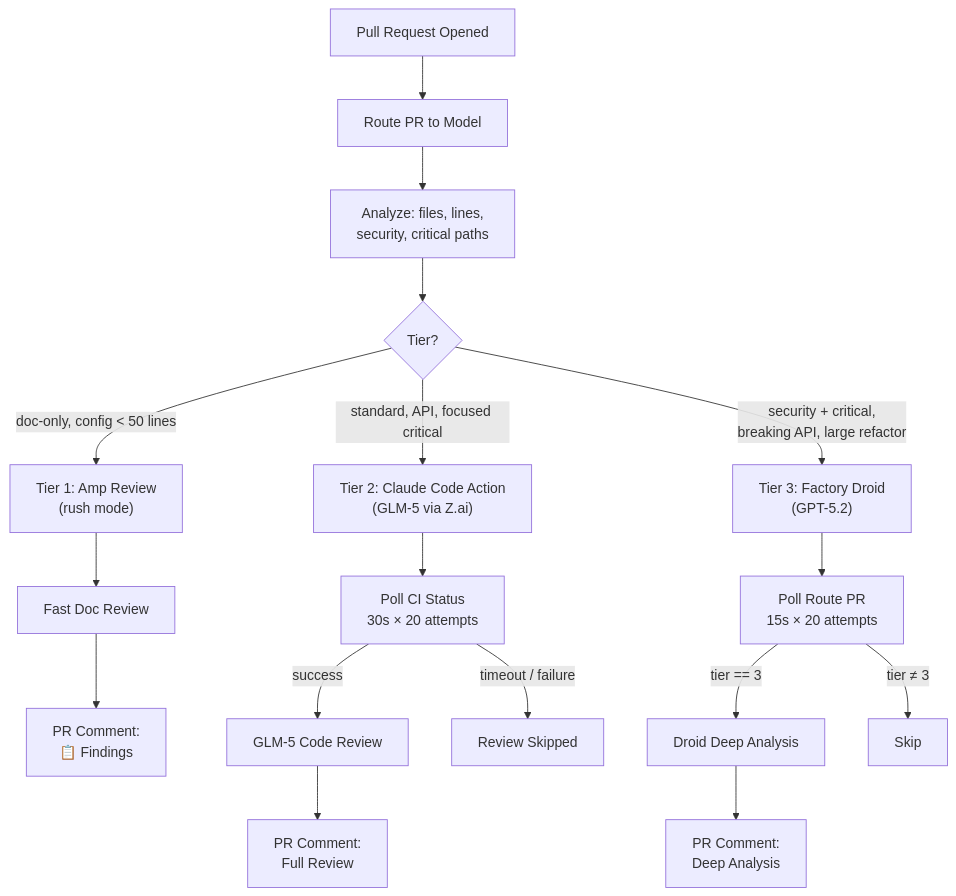
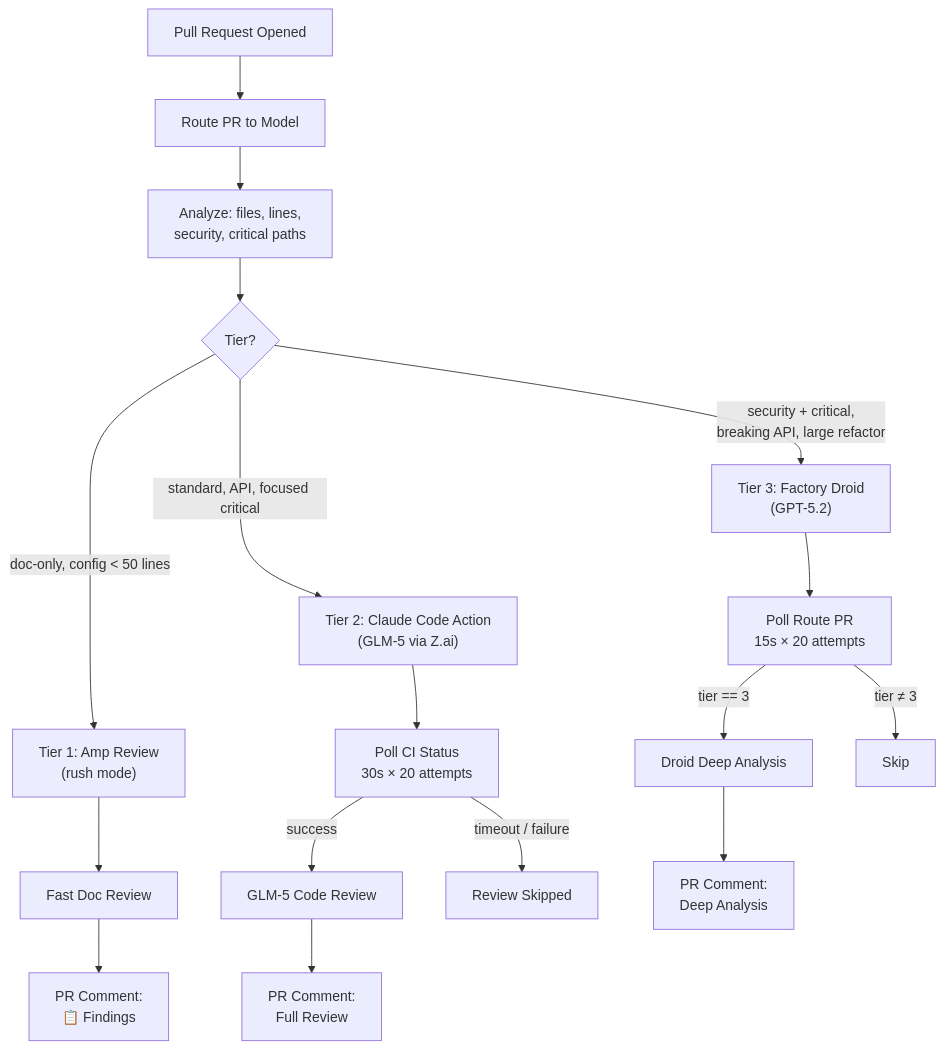
Before and after one commit to shrwnsan/research: the first of 3 diagrams in _posts/2026-03-17-tiered-model-selection-in-practice.md, drawn with Mermaid.

Commit message:
fix(mermaid): restore invisible links for correct tier ordering
The invisible links (~~~) that force left-to-right rendering of
T1 → T2 → T3 were accidentally removed. This restores them with
the original cleaner structure from PR #22.

````diff
--- a/_posts/2026-03-17-tiered-model-selection-in-practice.md
+++ b/_posts/2026-03-17-tiered-model-selection-in-practice.md
@@ -55,23 +55,28 @@
 ```mermaid
 flowchart TD
     PR["Pull Request Opened"] --> Route["Route PR to Model"]
     Route --> Analyze["Analyze: files, lines,<br/>security, critical paths"]
     Analyze --> Decision{"Tier?"}
 
     Decision -->|"doc-only, config < 50 lines"| T1["Tier 1: Amp Review<br/>(rush mode)"]
     Decision -->|"standard, API, focused critical"| T2["Tier 2: Claude Code Action<br/>(GLM-5 via Z.ai)"]
     Decision -->|"security + critical,<br/>breaking API, large refactor"| T3["Tier 3: Factory Droid<br/>(GPT-5.2)"]
 
+    %% Force left-to-right ordering with invisible links
+    T3 ~~~ T2
+    T2 ~~~ T1
+
     T1 --> Review1["Fast Doc Review"]
-    Review1 --> Comment1["PR Comment:<br/>📋 Findings"]
+    T2 --> PollCI["Poll CI Status<br/>30s × 20 attempts"]
+    T3 --> PollRoute["Poll Route PR<br/>15s × 20 attempts"]
 
-    T2 --> PollCI["Poll CI Status<br/>30s × 20 attempts"]
     PollCI -->|success| Review2["GLM-5 Code Review"]
     PollCI -->|timeout / failure| Skip2["Review Skipped"]
-    Review2 --> Comment2["PR Comment:<br/>Full Review"]
 
-    T3 --> PollRoute["Poll Route PR<br/>15s × 20 attempts"]
     PollRoute -->|tier == 3| Review3["Droid Deep Analysis"]
     PollRoute -->|tier ≠ 3| Skip3["Skip"]
+
+    Review1 --> Comment1["PR Comment:<br/>📋 Findings"]
+    Review2 --> Comment2["PR Comment:<br/>Full Review"]
     Review3 --> Comment3["PR Comment:<br/>Deep Analysis"]
 ```
````
